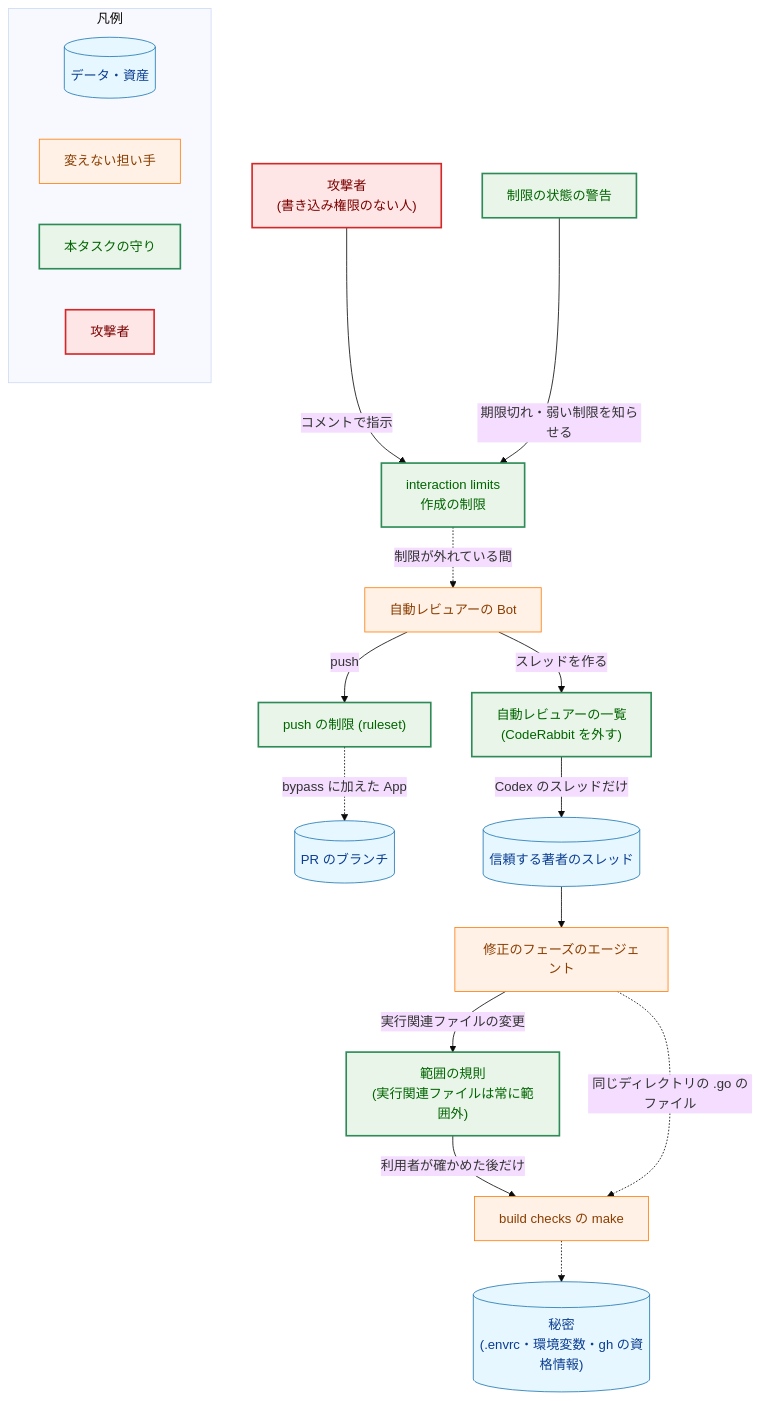
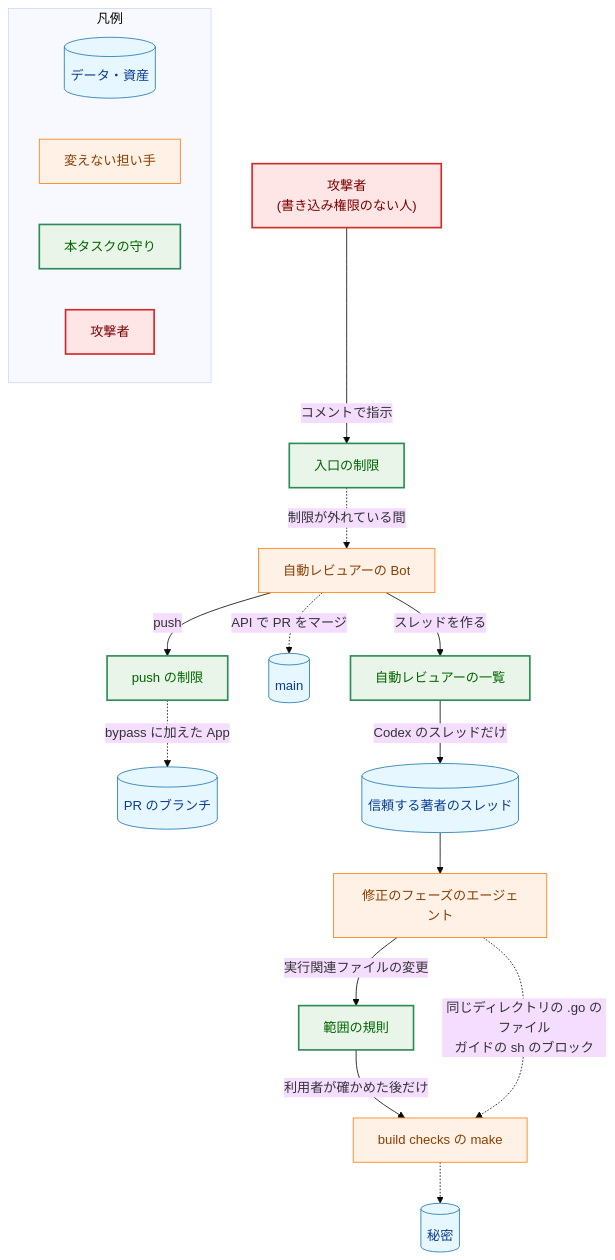
Before and after one commit to isseis/yt2column: the fourth of 5 diagrams in docs/tasks/0057_reviewer_relay_guard/02_architecture.md, drawn with Mermaid (base theme). The commit also changed other lines of this file and 1 other file, not shown here.

First line of the commit message:
docs(0057): apply the architecture review and record the requirement changes

````diff
--- a/docs/tasks/0057_reviewer_relay_guard/02_architecture.md
+++ b/docs/tasks/0057_reviewer_relay_guard/02_architecture.md
@@ -525,49 +613,49 @@
 ```mermaid
 flowchart TD
     classDef data fill:#e6f7ff,stroke:#1f77b4,stroke-width:1px,color:#0b3d91;
     classDef process fill:#fff1e6,stroke:#ff7f0e,stroke-width:1px,color:#8a3e00;
     classDef enhanced fill:#e8f5e8,stroke:#2e8b57,stroke-width:2px,color:#006400;
     classDef problem fill:#ffe6e6,stroke:#d62728,stroke-width:2px,color:#7b0000;
 
     ATT["攻撃者<br>(書き込み権限のない人)"]
-    D1["interaction limits<br>作成の制限"]
+    D1["入口の制限"]
     BOTS["自動レビュアーの Bot"]
-    D2["push の制限 (ruleset)"]
+    D2["push の制限"]
     BR[("PR のブランチ")]
-    D3["自動レビュアーの一覧<br>(CodeRabbit を外す)"]
+    MAINB[("main")]
+    D3["自動レビュアーの一覧"]
     TT[("信頼する著者のスレッド")]
     AG["修正のフェーズのエージェント"]
-    D4["範囲の規則<br>(実行関連ファイルは常に範囲外)"]
+    D4["範囲の規則"]
     MK["build checks の make"]
-    SEC[("秘密<br>(.envrc・環境変数・gh の資格情報)")]
-    D5["制限の状態の警告"]
+    SEC[("秘密")]
 
     ATT -->|"コメントで指示"| D1
     D1 -.->|"制限が外れている間"| BOTS
     BOTS -->|"push"| D2
     D2 -.->|"bypass に加えた App"| BR
+    BOTS -.->|"API で PR をマージ"| MAINB
     BOTS -->|"スレッドを作る"| D3
     D3 -->|"Codex のスレッドだけ"| TT
     TT --> AG
     AG -->|"実行関連ファイルの変更"| D4
     D4 -->|"利用者が確かめた後だけ"| MK
-    AG -.->|"同じディレクトリの .go のファイル"| MK
+    AG -.->|"同じディレクトリの .go のファイル<br>ガイドの sh のブロック"| MK
     MK -.-> SEC
-    D5 -->|"期限切れ・弱い制限を知らせる"| D1
 
     class ATT problem
     class BOTS,AG,MK process
-    class BR,TT,SEC data
-    class D1,D2,D3,D4,D5 enhanced
+    class BR,MAINB,TT,SEC data
+    class D1,D2,D3,D4 enhanced
 
     subgraph Legend["凡例"]
         LG1[("データ・資産")]
         LG2["変えない担い手"]
         LG3["本タスクの守り"]
         LG4["攻撃者"]
     end
     class LG1 data
     class LG2 process
     class LG3 enhanced
     class LG4 problem
 ```
````
